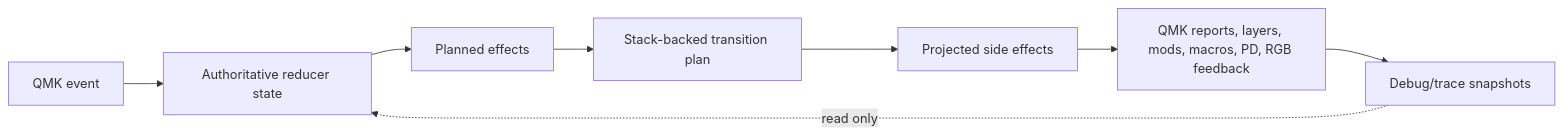
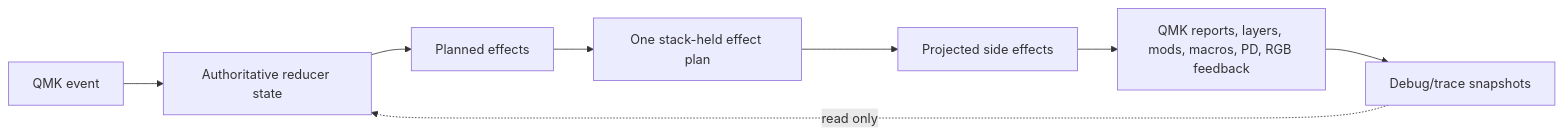
The fifth of 12 diagrams in docs/architecture/runtime-flow.md (NoahCLR/charybdis-4x6), drawn with Mermaid before and after one commit. The commit also changed other lines of this file and 5 other files, not shown here.

First line of the commit message:
The handled press and release plan in their own frames, and the stack manifest follows the one plan

````diff
--- a/docs/architecture/runtime-flow.md
+++ b/docs/architecture/runtime-flow.md
@@ -231,10 +232,10 @@
 ```mermaid
 flowchart LR
     event["QMK event"] --> reducer["Authoritative reducer state"]
     reducer --> planner["Planned effects"]
-    planner --> transition["Stack-backed transition plan"]
+    planner --> transition["One stack-held effect plan"]
     transition --> projector["Projected side effects"]
     projector --> qmk_state["QMK reports, layers, mods, macros, PD, RGB feedback"]
     qmk_state --> debug["Debug/trace snapshots"]
     debug -.read only.-> reducer
 ```
````
